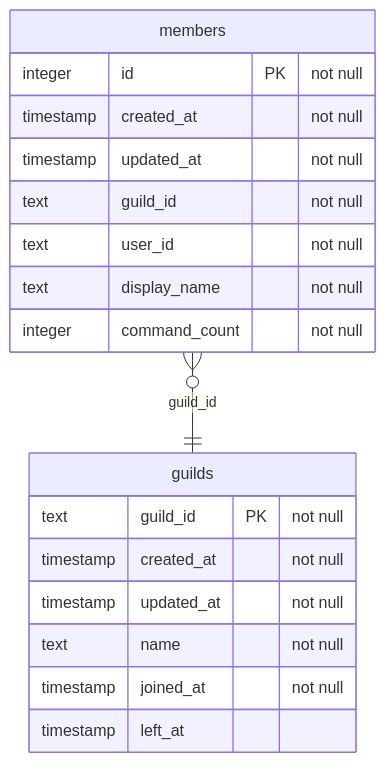
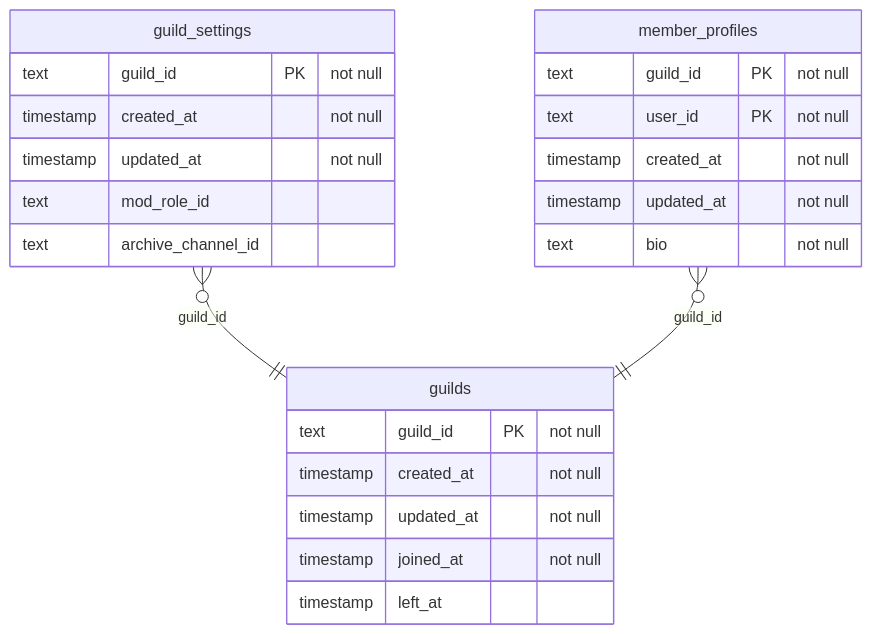
One commit to doku-macaron/discord-bot-template changed the diagram in docs/schema_diagram.md. Above: the diagram before and after it, drawn with Mermaid. The commit also changed 33 other files, not shown here.

````diff
--- a/docs/schema_diagram.md
+++ b/docs/schema_diagram.md
@@ -1,23 +1,29 @@
 ```mermaid
 erDiagram
   guilds {
     text guild_id PK "not null"
     timestamp created_at "not null"
     timestamp updated_at "not null"
-    text name "not null"
     timestamp joined_at "not null"
     timestamp left_at
   }
 
-  members {
-    integer id PK "not null"
+  guild_settings {
+    text guild_id PK "not null"
     timestamp created_at "not null"
     timestamp updated_at "not null"
-    text guild_id "not null"
-    text user_id "not null"
-    text display_name "not null"
-    integer command_count "not null"
+    text mod_role_id
+    text archive_channel_id
   }
 
-  members }o--|| guilds : "guild_id"
+  member_profiles {
+    text guild_id PK "not null"
+    text user_id PK "not null"
+    timestamp created_at "not null"
+    timestamp updated_at "not null"
+    text bio "not null"
+  }
+
+  guild_settings }o--|| guilds : "guild_id"
+  member_profiles }o--|| guilds : "guild_id"
 ```
````
